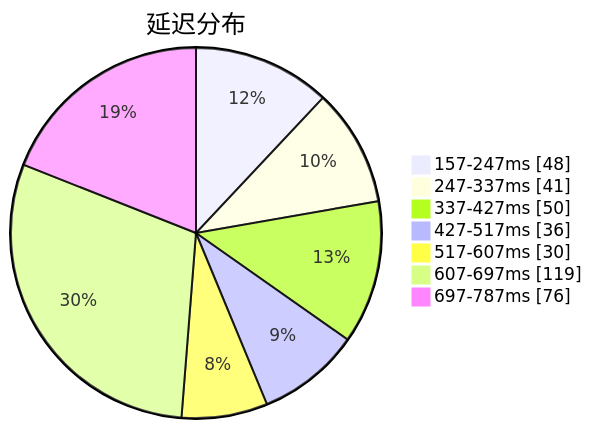
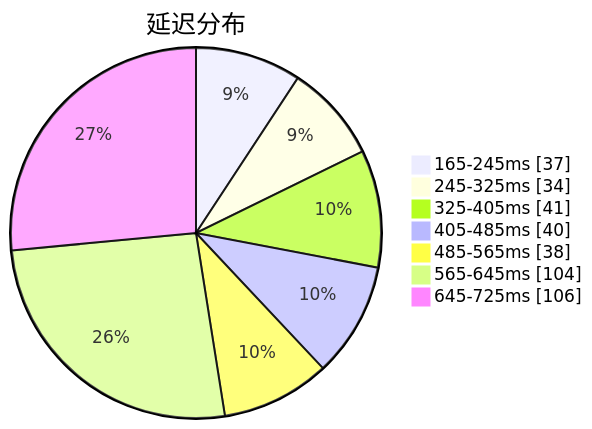
The first of 3 diagrams in subs/statistics/tested_within.md (qjlxg/airport), drawn with Mermaid before and after one commit. The commit also changed other lines of this file and 2 other files, not shown here.

````diff
--- a/subs/statistics/tested_within.md
+++ b/subs/statistics/tested_within.md
@@ -2,11 +2,11 @@
 ```mermaid
 pie showData
 title 延迟分布
-"157-247ms" : 48
-"247-337ms" : 41
-"337-427ms" : 50
-"427-517ms" : 36
-"517-607ms" : 30
-"607-697ms" : 119
-"697-787ms" : 76
+"165-245ms" : 37
+"245-325ms" : 34
+"325-405ms" : 41
+"405-485ms" : 40
+"485-565ms" : 38
+"565-645ms" : 104
+"645-725ms" : 106
 ```
````
